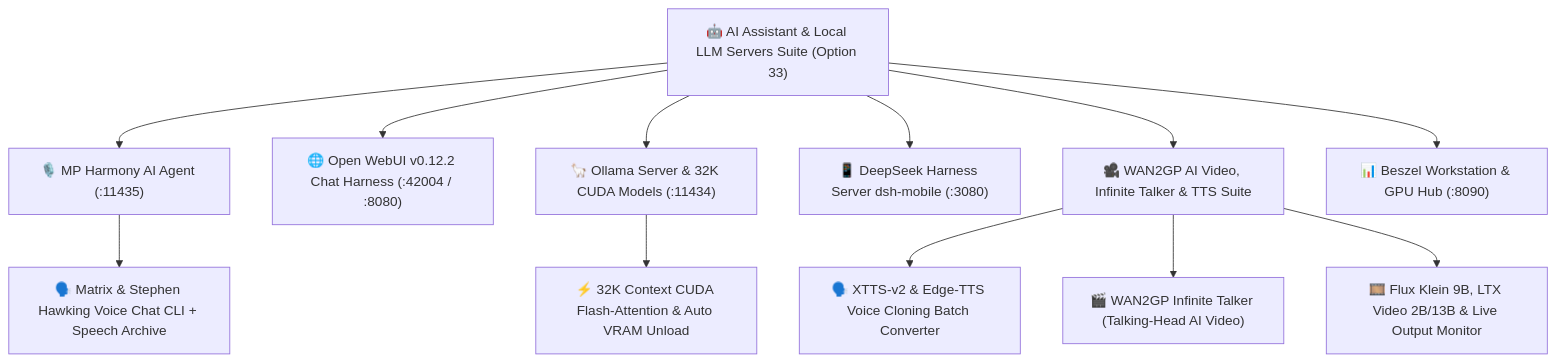
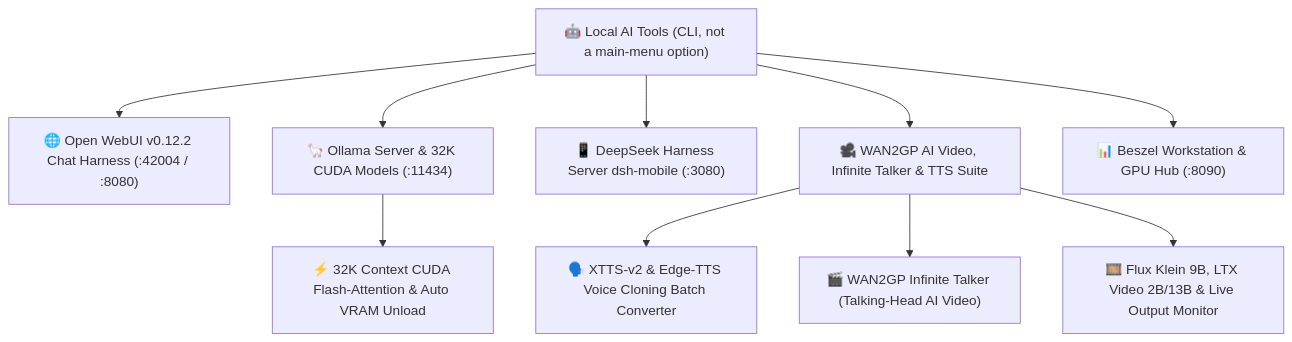
Before and after one commit to MPlanetarian/MPMixManager_v0.4-x64: the eighth of 13 diagrams in README.md, drawn with Mermaid. The commit also changed other lines of this file, not shown here.

First line of the commit message:
Remove MP Harmony Agent and the retired AI menu option from the README.

````diff
--- a/README.md
+++ b/README.md
@@ -471,14 +470,12 @@
 ```mermaid
 flowchart TD
-    A["🤖 AI Assistant & Local LLM Servers Suite (Option 33)"] --> B["🎙️ MP Harmony AI Agent (:11435)"]
-    A --> C["🌐 Open WebUI v0.12.2 Chat Harness (:42004 / :8080)"]
+    A["🤖 Local AI Tools (CLI, not a main-menu option)"] --> C["🌐 Open WebUI v0.12.2 Chat Harness (:42004 / :8080)"]
     A --> D["🦙 Ollama Server & 32K CUDA Models (:11434)"]
     A --> E["📱 DeepSeek Harness Server dsh-mobile (:3080)"]
     A --> F["🎥 WAN2GP AI Video, Infinite Talker & TTS Suite"]
     A --> G["📊 Beszel Workstation & GPU Hub (:8090)"]
-    B --> B1["🗣️ Matrix & Stephen Hawking Voice Chat CLI + Speech Archive"]
     D --> D1["⚡ 32K Context CUDA Flash-Attention & Auto VRAM Unload"]
     F --> F1["🗣️ XTTS-v2 & Edge-TTS Voice Cloning Batch Converter"]
     F --> F2["🎬 WAN2GP Infinite Talker (Talking-Head AI Video)"]
     F --> F3["🎞️ Flux Klein 9B, LTX Video 2B/13B & Live Output Monitor"]
 ```
````
